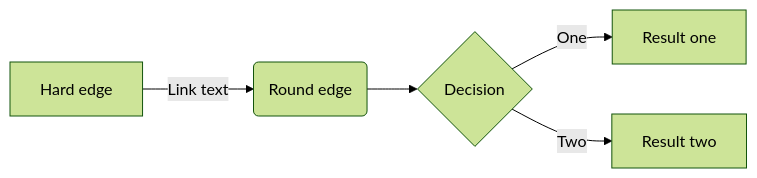
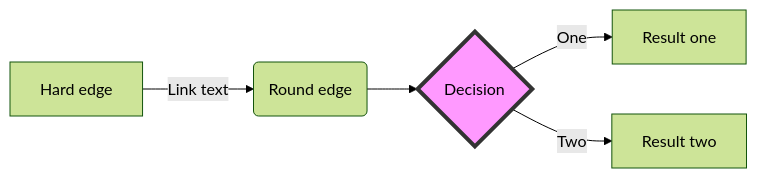
One commit to fardog/mermaid-cli changed the diagram in examples/test2.mermaid. Above: the diagram before and after it, drawn with Mermaid (forest theme). The commit also changed 4 other files, not shown here.

```diff
--- a/examples/test2.mermaid
+++ b/examples/test2.mermaid
@@ -1,5 +1,7 @@
 graph LR;
     A[Hard edge]-->|Link text|B(Round edge);
     B-->C{Decision};
     C-->|One|D[Result one];
     C-->|Two|E[Result two];
+    classDef pink fill:#f9f,stroke:#333,stroke-width:4px;
+    class C pink;
```
